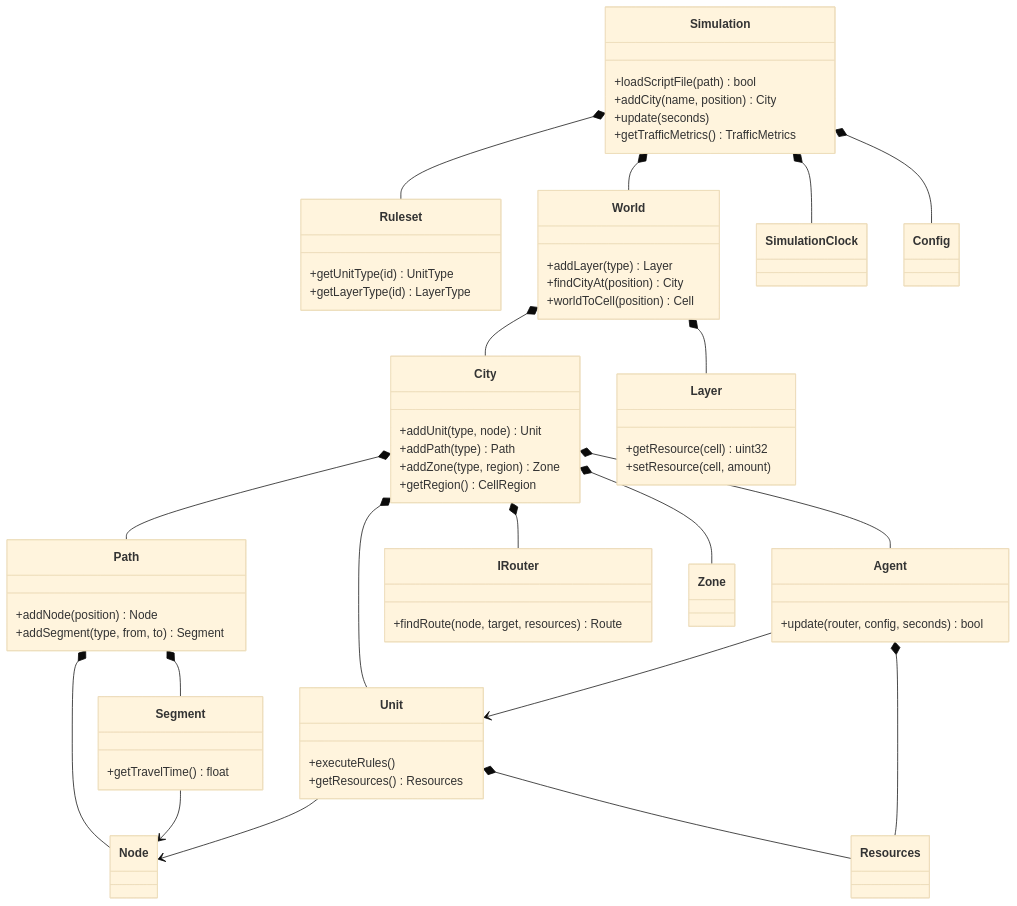
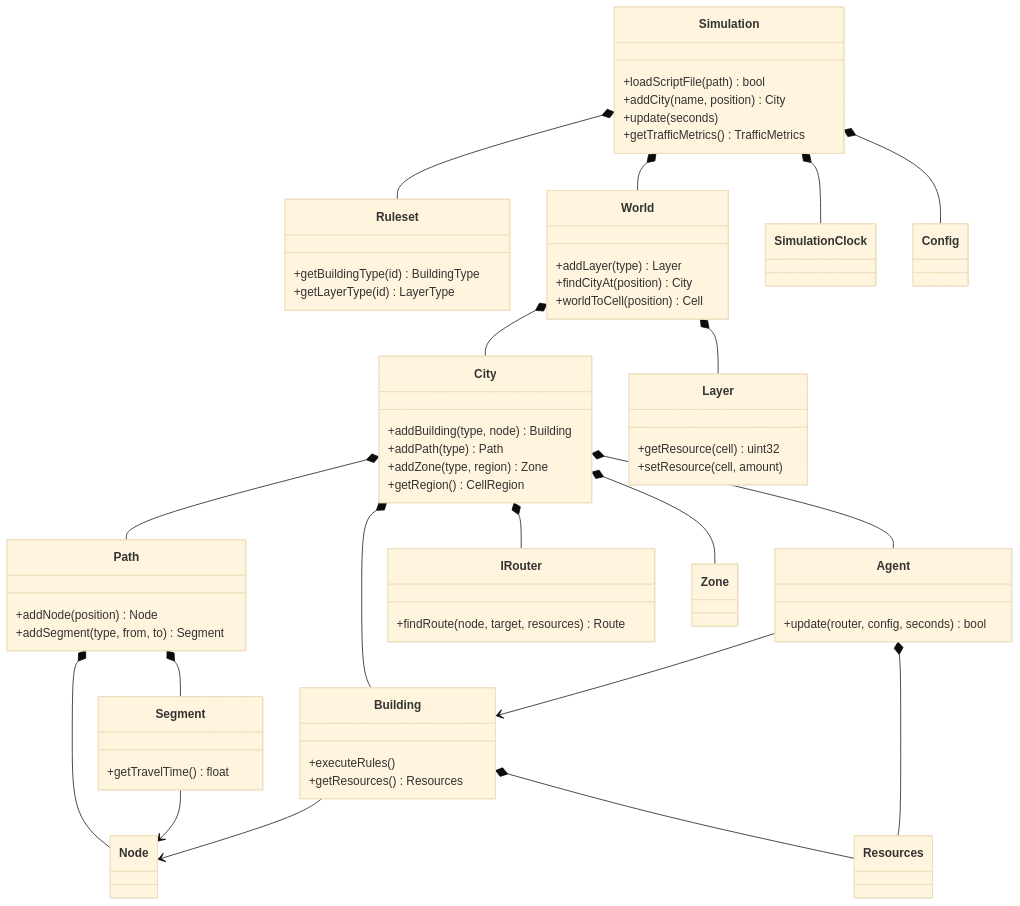
The first of 2 diagrams in doc/engine.md (Lecrapouille/OpenGlassBox), drawn with Mermaid (base theme) before and after one commit. The commit also changed other lines of this file and 87 other files, not shown here.

````diff
--- a/doc/engine.md
+++ b/doc/engine.md
@@ -19,63 +19,63 @@
 ```mermaid
 classDiagram
     class Simulation {
         +loadScriptFile(path) bool
         +addCity(name, position) City
         +update(seconds)
         +getTrafficMetrics() TrafficMetrics
     }
     class Ruleset {
-        +getUnitType(id) UnitType
+        +getBuildingType(id) BuildingType
         +getLayerType(id) LayerType
     }
     class World {
         +addLayer(type) Layer
         +findCityAt(position) City
         +worldToCell(position) Cell
     }
     class City {
-        +addUnit(type, node) Unit
+        +addBuilding(type, node) Building
         +addPath(type) Path
         +addZone(type, region) Zone
         +getRegion() CellRegion
     }
     class Layer {
         +getResource(cell) uint32
         +setResource(cell, amount)
     }
     class Path {
         +addNode(position) Node
         +addSegment(type, from, to) Segment
     }
     class Segment {
         +getTravelTime() float
     }
-    class Unit {
+    class Building {
         +executeRules()
         +getResources() Resources
     }
     class Agent {
         +update(router, config, seconds) bool
     }
     class IRouter {
         +findRoute(node, target, resources) Route
     }
     Simulation *-- Ruleset
     Simulation *-- World
     Simulation *-- SimulationClock
     Simulation *-- Config
     World *-- City
     World *-- Layer
     City *-- Path
-    City *-- Unit
+    City *-- Building
     City *-- Agent
     City *-- Zone
     City *-- IRouter
     Path *-- Node
     Path *-- Segment
     Segment --> Node
-    Unit *-- Resources
+    Building *-- Resources
     Agent *-- Resources
-    Agent --> Unit
-    Unit --> Node
+    Agent --> Building
+    Building --> Node
 ```
````
